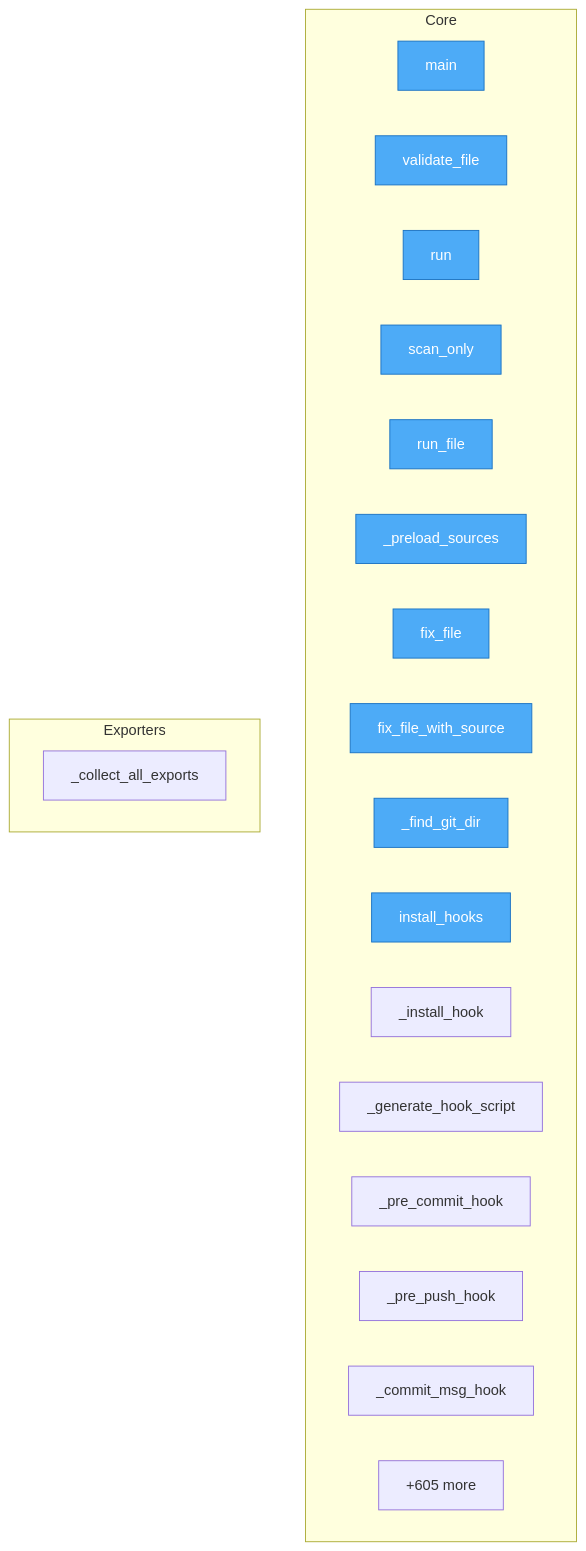
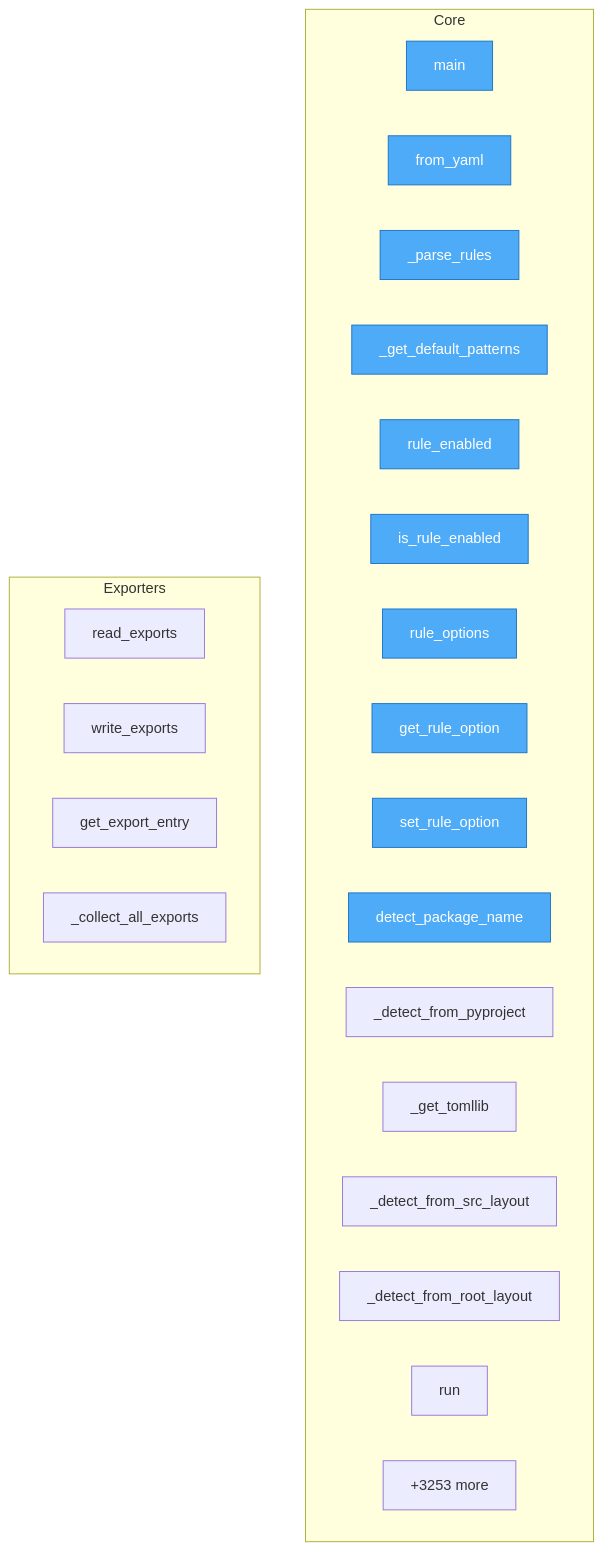
One commit to semcod/prefact changed the diagram in project/flow.mmd. Above: the diagram before and after it, drawn with Mermaid. The commit also changed 30 other files, not shown here.

```diff
--- a/project/flow.mmd
+++ b/project/flow.mmd
@@ -1,29 +1,32 @@
 flowchart TD
 
     %% Entry points (blue)
     classDef entry fill:#4dabf7,stroke:#1971c2,color:#fff
 
     subgraph Core
         benchmark_ram_optimization__main["main"]
-        src__prefact__validator__Validator__validate_file["validate_file"]
+        src__prefact__config__Config__from_yaml["from_yaml"]
+        src__prefact__config__Config___parse_rules["_parse_rules"]
+        src__prefact__config__Config___get_default_patterns["_get_default_patterns"]
+        src__prefact__config__Config__rule_enabled["rule_enabled"]
+        src__prefact__config__Config__is_rule_enabled["is_rule_enabled"]
+        src__prefact__config__Config__rule_options["rule_options"]
+        src__prefact__config__Config__get_rule_option["get_rule_option"]
+        src__prefact__config__Config__set_rule_option["set_rule_option"]
+        src__prefact__config__Config__detect_package_name["detect_package_name"]
+        src__prefact__config__Config___detect_from_pyproject["_detect_from_pyproject"]
+        src__prefact__config__Config___get_tomllib["_get_tomllib"]
+        src__prefact__config__Config___detect_from_src_layout["_detect_from_src_layout"]
+        src__prefact__config__Config___detect_from_root_layout["_detect_from_root_layout"]
         src__prefact__engine__RefactoringEngine__run["run"]
-        src__prefact__engine__RefactoringEngine__scan_only["scan_only"]
-        src__prefact__engine__RefactoringEngine__run_file["run_file"]
-        src__prefact__engine__RefactoringEngine___preload_sources["_preload_sources"]
-        src__prefact__fixer__Fixer__fix_file["fix_file"]
-        src__prefact__fixer__Fixer__fix_file_with_source["fix_file_with_source"]
-        src__prefact__git_hooks__GitHooks___find_git_dir["_find_git_dir"]
-        src__prefact__git_hooks__GitHooks__install_hooks["install_hooks"]
-        src__prefact__git_hooks__GitHooks___install_hook["_install_hook"]
-        src__prefact__git_hooks__GitHooks___generate_hook_script["_generate_hook_script"]
-        src__prefact__git_hooks__GitHooks___pre_commit_hook["_pre_commit_hook"]
-        src__prefact__git_hooks__GitHooks___pre_push_hook["_pre_push_hook"]
-        src__prefact__git_hooks__GitHooks___commit_msg_hook["_commit_msg_hook"]
-        ...["+605 more"]
+        ...["+3253 more"]
     end
 
     subgraph Exporters
+        project__map__toon__read_exports["read_exports"]
+        project__map__toon__write_exports["write_exports"]
+        project__map__toon__get_export_entry["get_export_entry"]
         project__map__toon___collect_all_exports["_collect_all_exports"]
     end
 
-    class benchmark_ram_optimization__main,src__prefact__validator__Validator__validate_file,src__prefact__engine__RefactoringEngine__run,src__prefact__engine__RefactoringEngine__scan_only,src__prefact__engine__RefactoringEngine__run_file,src__prefact__engine__RefactoringEngine___preload_sources,src__prefact__fixer__Fixer__fix_file,src__prefact__fixer__Fixer__fix_file_with_source,src__prefact__git_hooks__GitHooks___find_git_dir,src__prefact__git_hooks__GitHooks__install_hooks entry
+    class benchmark_ram_optimization__main,src__prefact__config__Config__from_yaml,src__prefact__config__Config___parse_rules,src__prefact__config__Config___get_default_patterns,src__prefact__config__Config__rule_enabled,src__prefact__config__Config__is_rule_enabled,src__prefact__config__Config__rule_options,src__prefact__config__Config__get_rule_option,src__prefact__config__Config__set_rule_option,src__prefact__config__Config__detect_package_name entry
```
